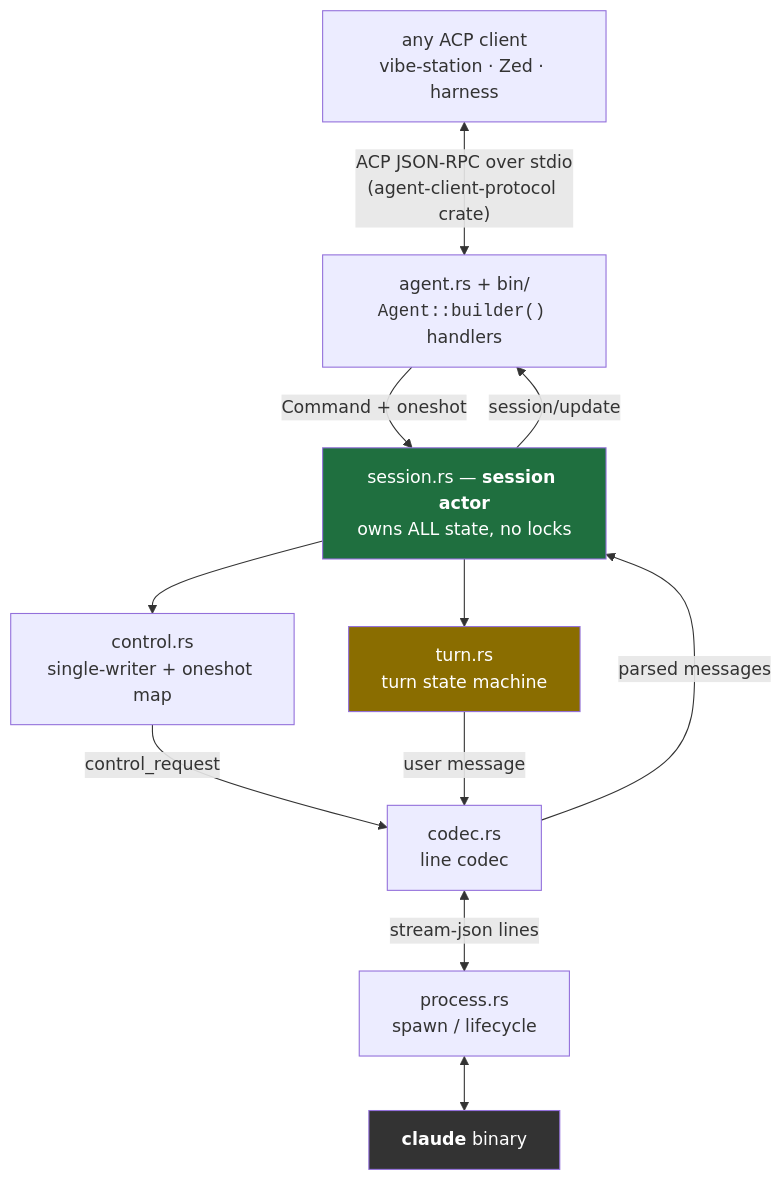
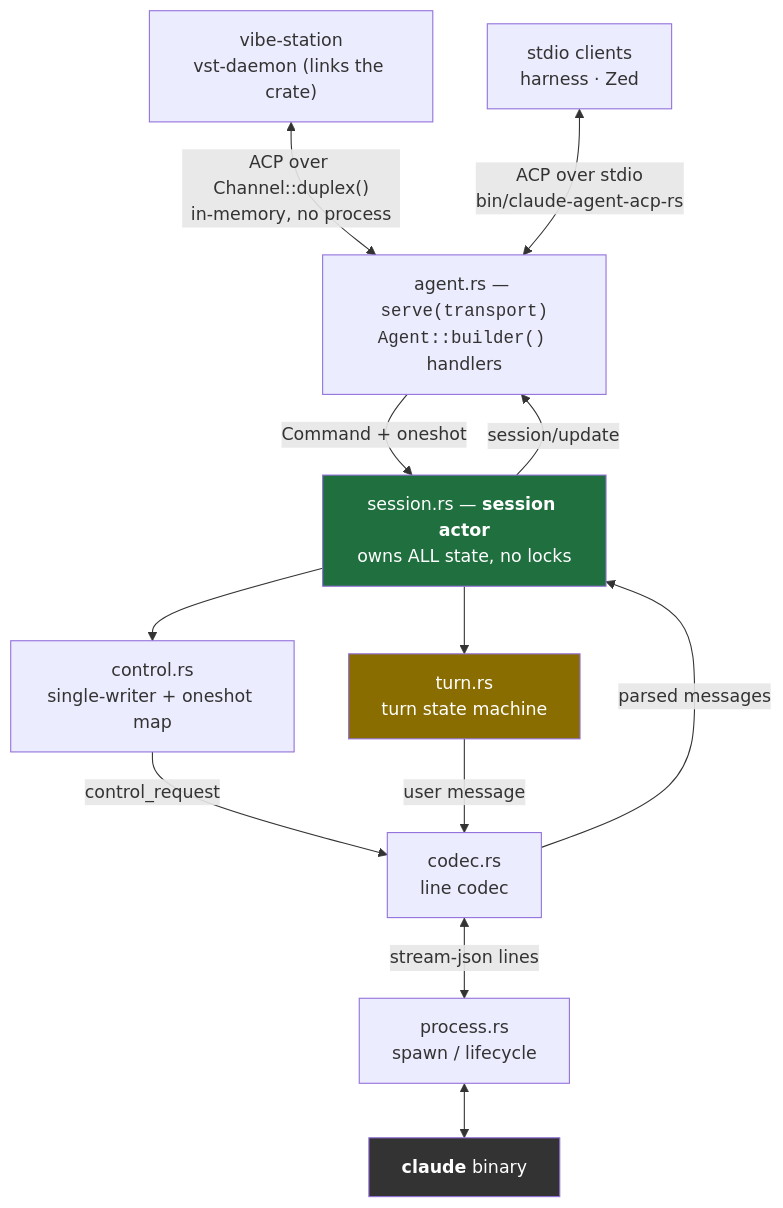
One commit to fastestdevalive/claude-agent-acp changed the first of 2 diagrams in .vibekit/feature-plans/pending/claude-acp-rust/plan-claude-acp-rust.md. Above: the diagram before and after it, drawn with Mermaid. The commit also changed other lines of this file and 1 other file, not shown here.

````diff
--- a/.vibekit/feature-plans/pending/claude-acp-rust/plan-claude-acp-rust.md
+++ b/.vibekit/feature-plans/pending/claude-acp-rust/plan-claude-acp-rust.md
@@ -205,26 +239,28 @@
 ```mermaid
 flowchart TD
-    CL["any ACP client<br/>vibe-station · Zed · harness"]
-    AG["agent.rs + bin/<br/><code>Agent::builder()</code> handlers"]
+    VS["vibe-station<br/>vst-daemon (links the crate)"]
+    CL["stdio clients<br/>harness · Zed"]
+    AG["agent.rs — <code>serve(transport)</code><br/><code>Agent::builder()</code> handlers"]
     SA["session.rs — <b>session actor</b><br/>owns ALL state, no locks"]
     TU["turn.rs<br/>turn state machine"]
     CT["control.rs<br/>single-writer + oneshot map"]
     CD["codec.rs<br/>line codec"]
     PR["process.rs<br/>spawn / lifecycle"]
     CLI["<b>claude</b> binary"]
 
-    CL <-->|"ACP JSON-RPC over stdio<br/>(agent-client-protocol crate)"| AG
+    VS <-->|"ACP over Channel::duplex()<br/>in-memory, no process"| AG
+    CL <-->|"ACP over stdio<br/>bin/claude-agent-acp-rs"| AG
     AG -->|Command + oneshot| SA
     SA --> TU
     SA --> CT
     CT -->|control_request| CD
     TU -->|user message| CD
     CD <-->|stream-json lines| PR
     PR <--> CLI
     CD -->|parsed messages| SA
     SA -->|session/update| AG
 
     style SA fill:#1f6f3f,color:#fff
     style TU fill:#8a6d00,color:#fff
     style CLI fill:#333,color:#fff
 ```
````
